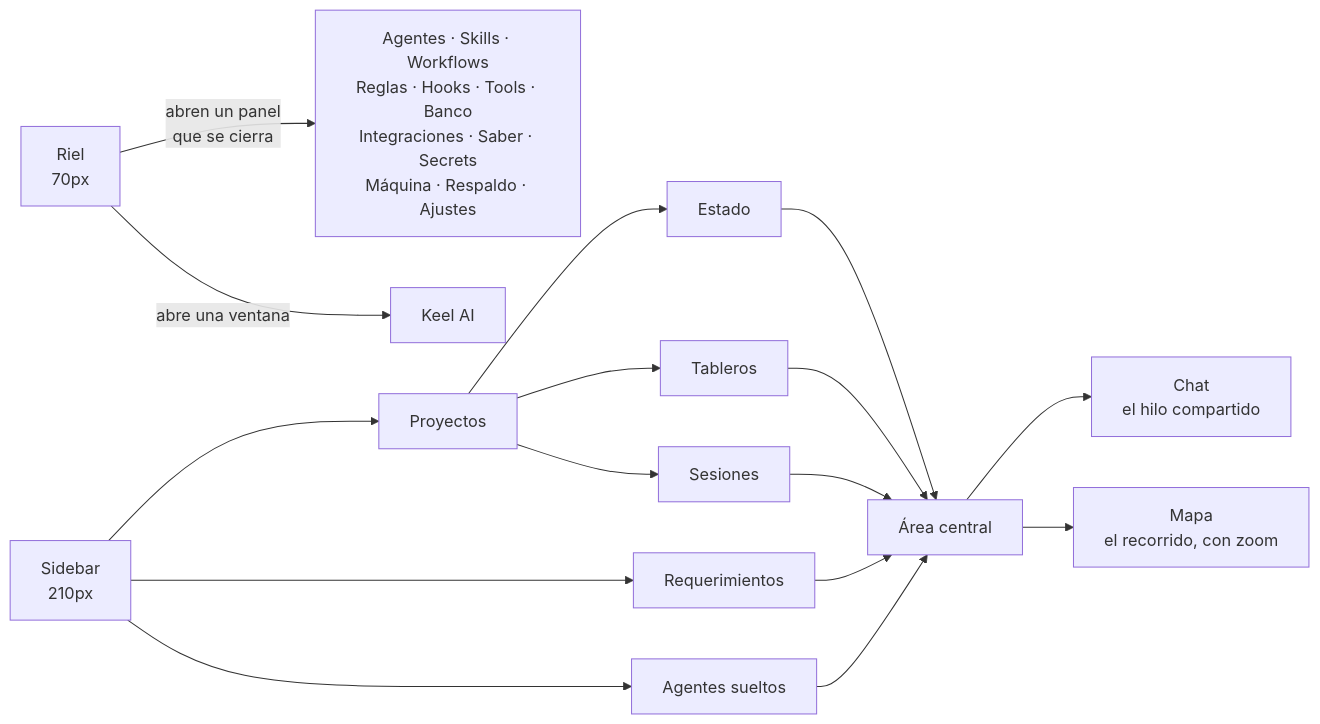
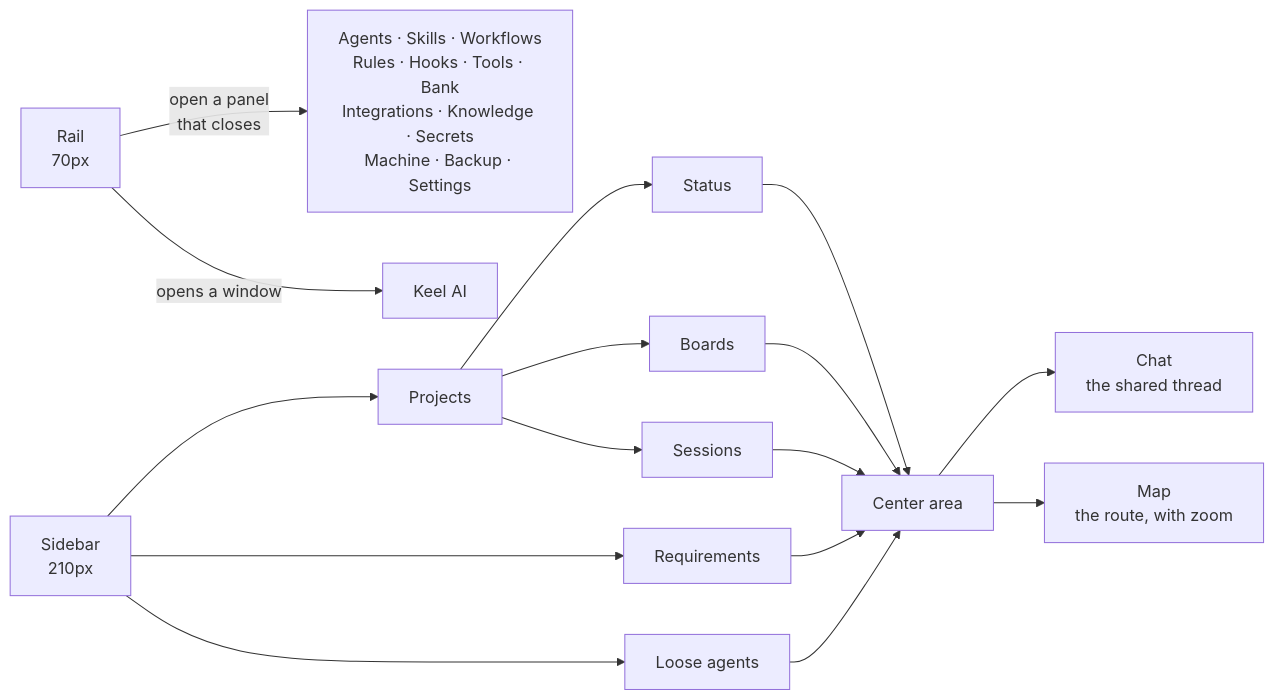
Before and after one commit to JhonaCodes/keel-ui: the fourth of 5 diagrams in README.md, drawn with Mermaid. The commit also changed other lines of this file and 178 other files, not shown here.

````diff
--- a/README.md
+++ b/README.md
@@ -141,25 +342,25 @@
 ```mermaid
 flowchart LR
-    RIEL["Riel<br>70px"]
+    RIEL["Rail<br>70px"]
     SIDE["Sidebar<br>210px"]
-    CENTRO["Área central"]
+    CENTRO["Center area"]
 
-    RIEL -->|"abren un panel<br>que se cierra"| PANELES["Agentes · Skills · Workflows<br>Reglas · Hooks · Tools · Banco<br>Integraciones · Saber · Secrets<br>Máquina · Respaldo · Ajustes"]
-    RIEL -->|"abre una ventana"| KEELAI["Keel AI"]
+    RIEL -->|"open a panel<br>that closes"| PANELES["Agents · Skills · Workflows<br>Rules · Hooks · Tools · Bank<br>Integrations · Knowledge · Secrets<br>Machine · Backup · Settings"]
+    RIEL -->|"opens a window"| KEELAI["Keel AI"]
 
-    SIDE --> PROY["Proyectos"]
-    PROY --> ESTADO["Estado"]
-    PROY --> TAB["Tableros"]
-    PROY --> SES["Sesiones"]
-    SIDE --> REQ["Requerimientos"]
-    SIDE --> SUELTOS["Agentes sueltos"]
+    SIDE --> PROY["Projects"]
+    PROY --> ESTADO["Status"]
+    PROY --> TAB["Boards"]
+    PROY --> SES["Sessions"]
+    SIDE --> REQ["Requirements"]
+    SIDE --> SUELTOS["Loose agents"]
 
     ESTADO --> CENTRO
     TAB --> CENTRO
     SES --> CENTRO
     REQ --> CENTRO
     SUELTOS --> CENTRO
 
-    CENTRO --> CHAT["Chat<br>el hilo compartido"]
-    CENTRO --> MAPA["Mapa<br>el recorrido, con zoom"]
+    CENTRO --> CHAT["Chat<br>the shared thread"]
+    CENTRO --> MAPA["Map<br>the route, with zoom"]
 ```
````
